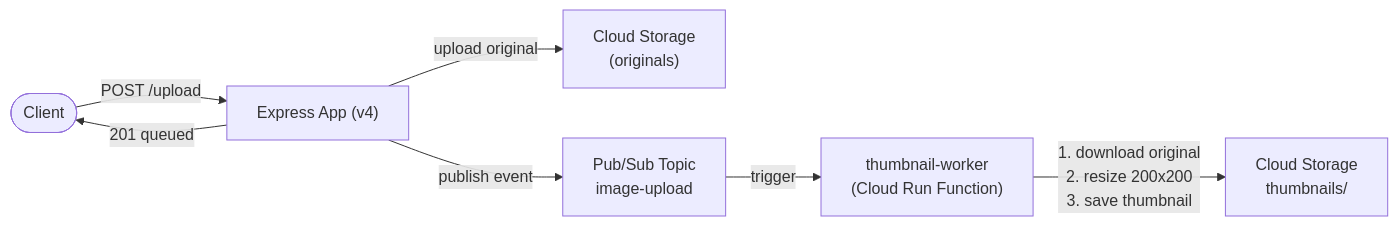
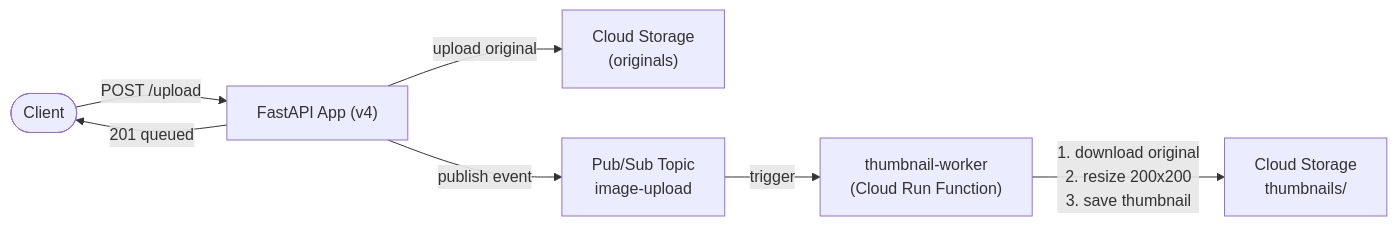
Before and after one commit to ulises-jimenez07/cc-gcp: the diagram in web_app_gcp/phase3_event_driven/01_async_workers_pubsub.md, drawn with Mermaid. The commit also changed other lines of this file and 37 other files, not shown here.

Commit message:
refactor: update to fast api app

````diff
--- a/web_app_gcp/phase3_event_driven/01_async_workers_pubsub.md
+++ b/web_app_gcp/phase3_event_driven/01_async_workers_pubsub.md
@@ -7,9 +7,9 @@
 ```mermaid
 graph LR
-    Client([Client]) -- "POST /upload" --> App["Express App (v4)"]
+    Client([Client]) -- "POST /upload" --> App["FastAPI App (v4)"]
     App -- "upload original" --> GCS["Cloud Storage\n(originals)"]
     App -- "publish event" --> PS["Pub/Sub Topic\nimage-upload"]
     App -- "201 queued" --> Client
     PS -- "trigger" --> Worker["thumbnail-worker\n(Cloud Run Function)"]
     Worker -- "1. download original\n2. resize 200x200\n3. save thumbnail" --> GCS2["Cloud Storage\nthumbnails/"]
 ```
````
